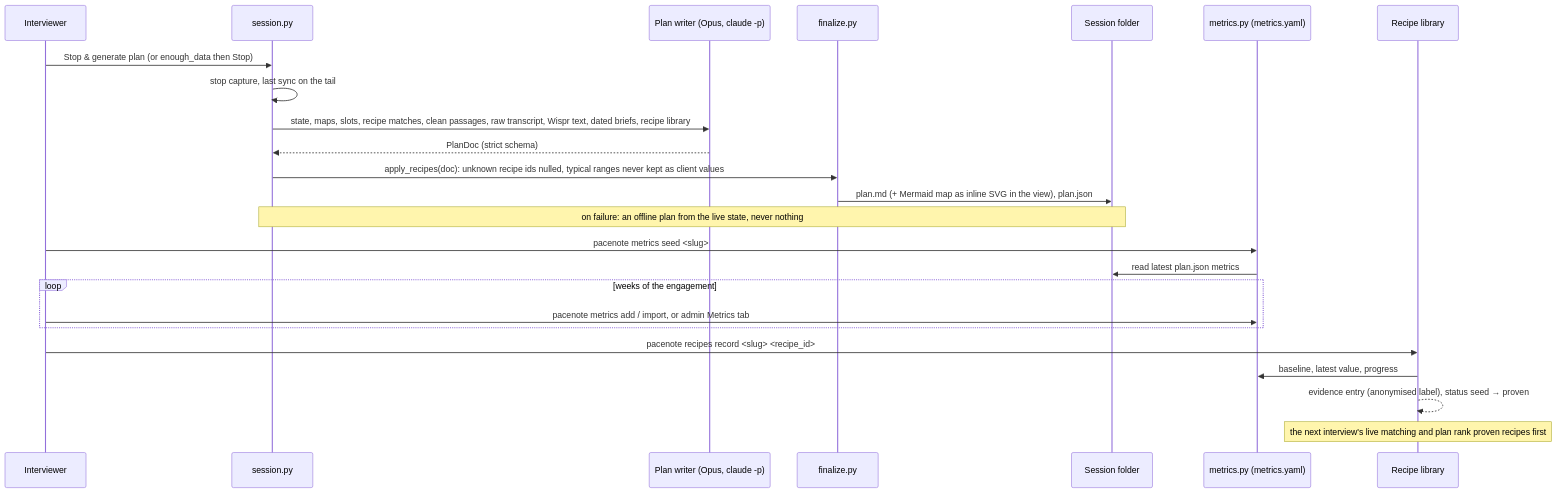
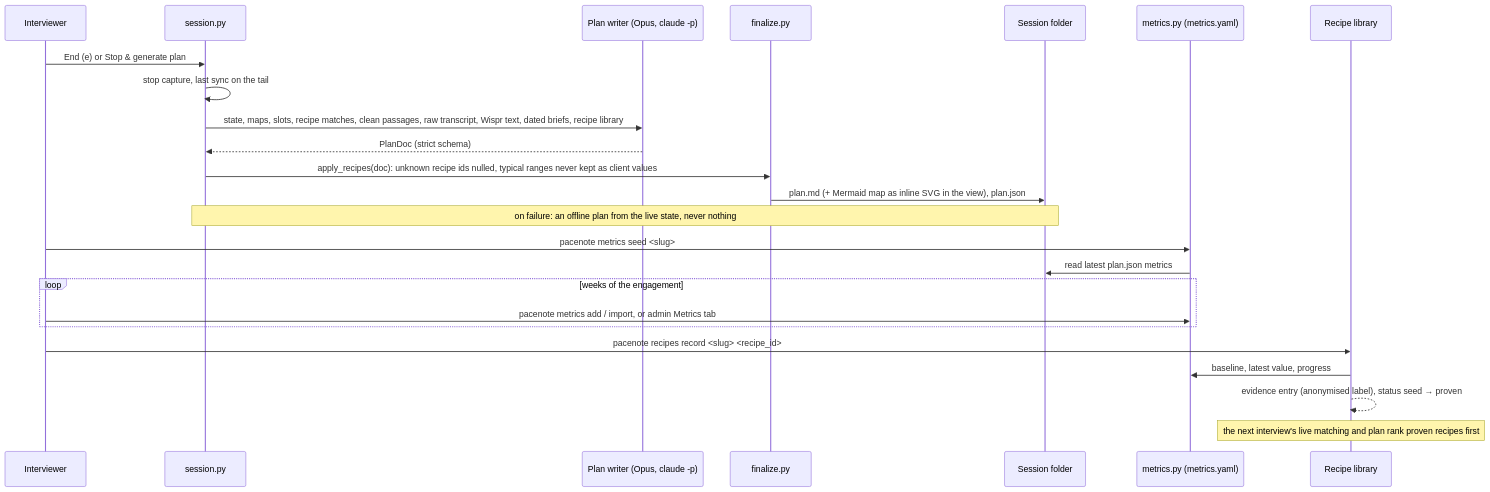
Before and after one commit to julienmayeur/Pacenotes: the third of 3 diagrams in docs/architecture.md, drawn with Mermaid. The commit also changed other lines of this file and 20 other files, not shown here.

````diff
--- a/docs/architecture.md
+++ b/docs/architecture.md
@@ -432,27 +461,27 @@
 ```mermaid
 sequenceDiagram
     participant I as Interviewer
     participant S as session.py
     participant O as Plan writer (Opus, claude -p)
     participant F as finalize.py
     participant D as Session folder
     participant M as metrics.py (metrics.yaml)
     participant R as Recipe library
 
-    I->>S: Stop & generate plan (or enough_data then Stop)
+    I->>S: End (e) or Stop & generate plan
     S->>S: stop capture, last sync on the tail
     S->>O: state, maps, slots, recipe matches, clean passages, raw transcript, Wispr text, dated briefs, recipe library
     O-->>S: PlanDoc (strict schema)
     S->>F: apply_recipes(doc): unknown recipe ids nulled, typical ranges never kept as client values
     F->>D: plan.md (+ Mermaid map as inline SVG in the view), plan.json
     Note over S,D: on failure: an offline plan from the live state, never nothing
     I->>M: pacenote metrics seed <slug>
     M->>D: read latest plan.json metrics
     loop weeks of the engagement
         I->>M: pacenote metrics add / import, or admin Metrics tab
     end
     I->>R: pacenote recipes record <slug> <recipe_id>
     R->>M: baseline, latest value, progress
     R-->>R: evidence entry (anonymised label), status seed → proven
     Note over R: the next interview's live matching and plan rank proven recipes first
 ```
````
